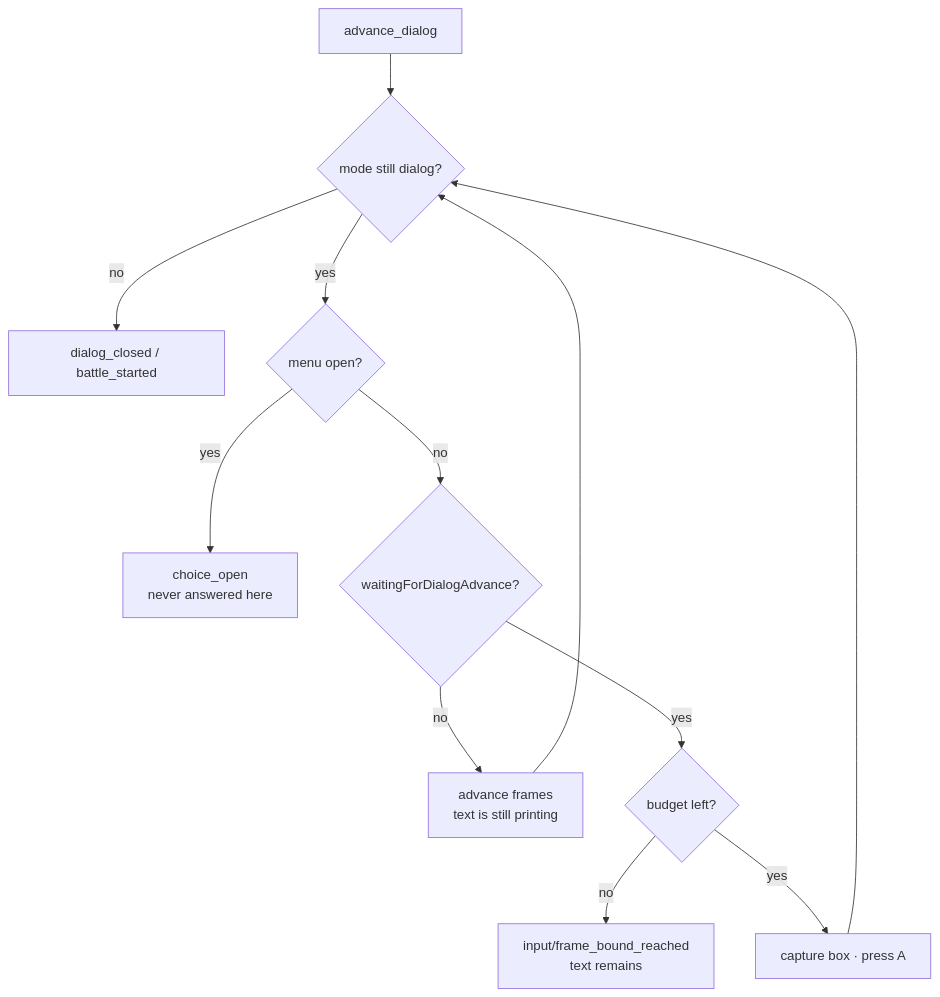
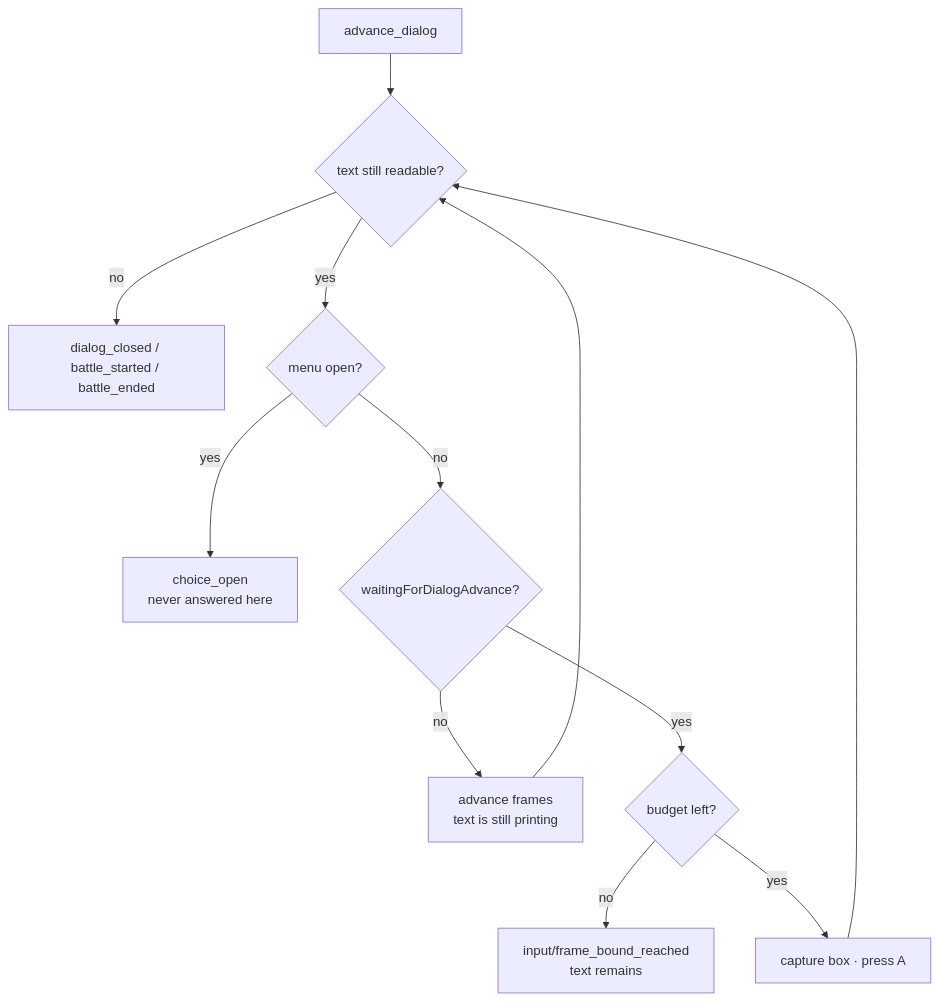
One commit to Volpestyle/clankie changed the diagram in docs/adr/0066-dialog-is-one-action-not-one-press-per-box.md. Above: the diagram before and after it, drawn with Mermaid. The commit also changed other lines of this file and 48 other files, not shown here.

````diff
--- a/docs/adr/0066-dialog-is-one-action-not-one-press-per-box.md
+++ b/docs/adr/0066-dialog-is-one-action-not-one-press-per-box.md
@@ -43,12 +43,12 @@
 ```mermaid
 flowchart TB
-  S["advance_dialog"] --> C{"mode still dialog?"}
-  C -->|no| E1["dialog_closed / battle_started"]
+  S["advance_dialog"] --> C{"text still readable?"}
+  C -->|no| E1["dialog_closed / battle_started / battle_ended"]
   C -->|yes| M{"menu open?"}
   M -->|yes| E2["choice_open<br/>never answered here"]
   M -->|no| R{"waitingForDialogAdvance?"}
   R -->|no| W["advance frames<br/>text is still printing"] --> C
   R -->|yes| B{"budget left?"}
   B -->|no| E3["input/frame_bound_reached<br/>text remains"]
   B -->|yes| P["capture box · press A"] --> C
 ```
````
